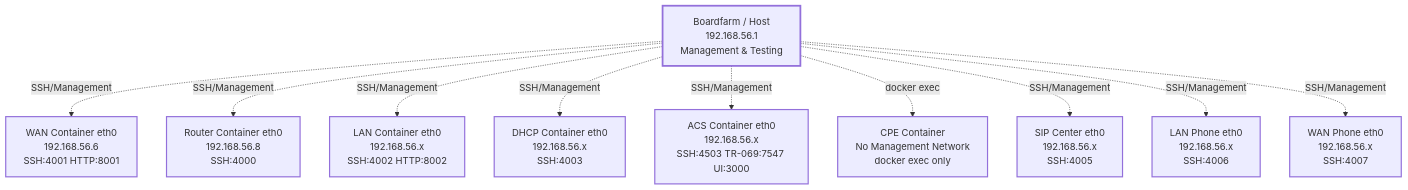
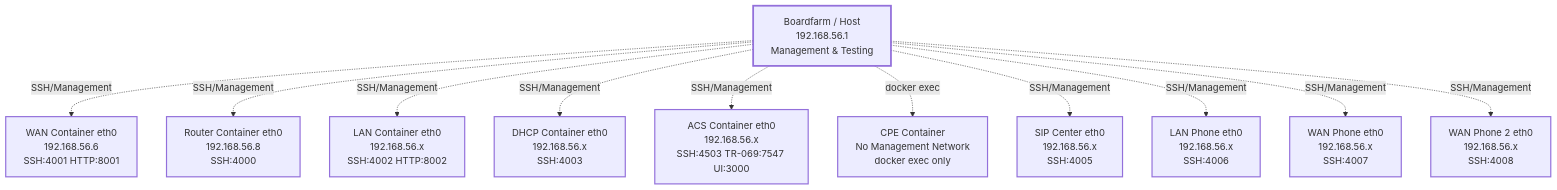
Before and after one commit to alottabits/boardfarm-bdd: the first of 2 diagrams in docs/Testbed Network Topology.md, drawn with Mermaid. The commit also changed other lines of this file and 8 other files, not shown here.

Commit message:
adding extra wan phone to the testbed, updating network topology documentation to align, create basic call requirement usecase and bdd scenarios with step_defs

````diff
--- a/docs/Testbed Network Topology.md
+++ b/docs/Testbed Network Topology.md
@@ -40,33 +41,35 @@
 ```mermaid
 flowchart TB
     MGMT[Boardfarm / Host<br/>192.168.56.1<br/>Management & Testing]
     
     WAN_MGMT[WAN Container eth0<br/>192.168.56.6<br/>SSH:4001 HTTP:8001]
     ROUTER_MGMT[Router Container eth0<br/>192.168.56.8<br/>SSH:4000]
     LAN_MGMT[LAN Container eth0<br/>192.168.56.x<br/>SSH:4002 HTTP:8002]
     DHCP_MGMT[DHCP Container eth0<br/>192.168.56.x<br/>SSH:4003]
     ACS_MGMT[ACS Container eth0<br/>192.168.56.x<br/>SSH:4503 TR-069:7547 UI:3000]
     CPE_MGMT[CPE Container<br/>No Management Network<br/>docker exec only]
     SIP_MGMT[SIP Center eth0<br/>192.168.56.x<br/>SSH:4005]
     LAN_PHONE_MGMT[LAN Phone eth0<br/>192.168.56.x<br/>SSH:4006]
     WAN_PHONE_MGMT[WAN Phone eth0<br/>192.168.56.x<br/>SSH:4007]
+    WAN_PHONE2_MGMT[WAN Phone 2 eth0<br/>192.168.56.x<br/>SSH:4008]
     
        
     %% Management Connections
     MGMT -.->|SSH/Management| WAN_MGMT
     MGMT -.->|SSH/Management| ROUTER_MGMT
     MGMT -.->|SSH/Management| LAN_MGMT
     MGMT -.->|SSH/Management| DHCP_MGMT
     MGMT -.->|SSH/Management| ACS_MGMT
     MGMT -.->|docker exec| CPE_MGMT
     MGMT -.->|SSH/Management| SIP_MGMT
     MGMT -.->|SSH/Management| LAN_PHONE_MGMT
     MGMT -.->|SSH/Management| WAN_PHONE_MGMT
+    MGMT -.->|SSH/Management| WAN_PHONE2_MGMT
     
     %% Styling
     classDef mgmt stroke-width:3px
     classDef management stroke-width:2px
     
     class MGMT mgmt
-    class WAN_MGMT,ROUTER_MGMT,LAN_MGMT,DHCP_MGMT,ACS_MGMT,CPE_MGMT,SIP_MGMT,LAN_PHONE_MGMT,WAN_PHONE_MGMT management
+    class WAN_MGMT,ROUTER_MGMT,LAN_MGMT,DHCP_MGMT,ACS_MGMT,CPE_MGMT,SIP_MGMT,LAN_PHONE_MGMT,WAN_PHONE_MGMT,WAN_PHONE2_MGMT management
 ```
````
